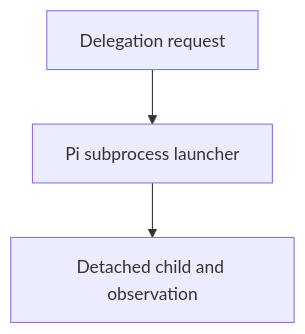
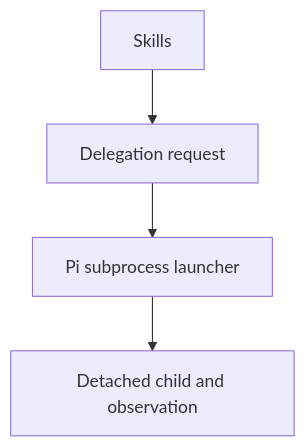
The diagram in skills/spawning-pi-subagents/as-is.md (abstract-business-systems/as-is), drawn with Mermaid before and after one commit. The commit also changed other lines of this file and 16 other files, not shown here.

Commit message:
docs(skills): add parent navigation to component records

````diff
--- a/skills/spawning-pi-subagents/as-is.md
+++ b/skills/spawning-pi-subagents/as-is.md
@@ -52,5 +54,7 @@
 ```mermaid
 flowchart TD
-    A["Delegation request"] --> B["Pi subprocess launcher"]
+    Parent["Skills"] --> A["Delegation request"] --> B["Pi subprocess launcher"]
     B --> C["Detached child and observation"]
+
+    click Parent href "../as-is.md#design" "Open Skills design"
 ```
````
